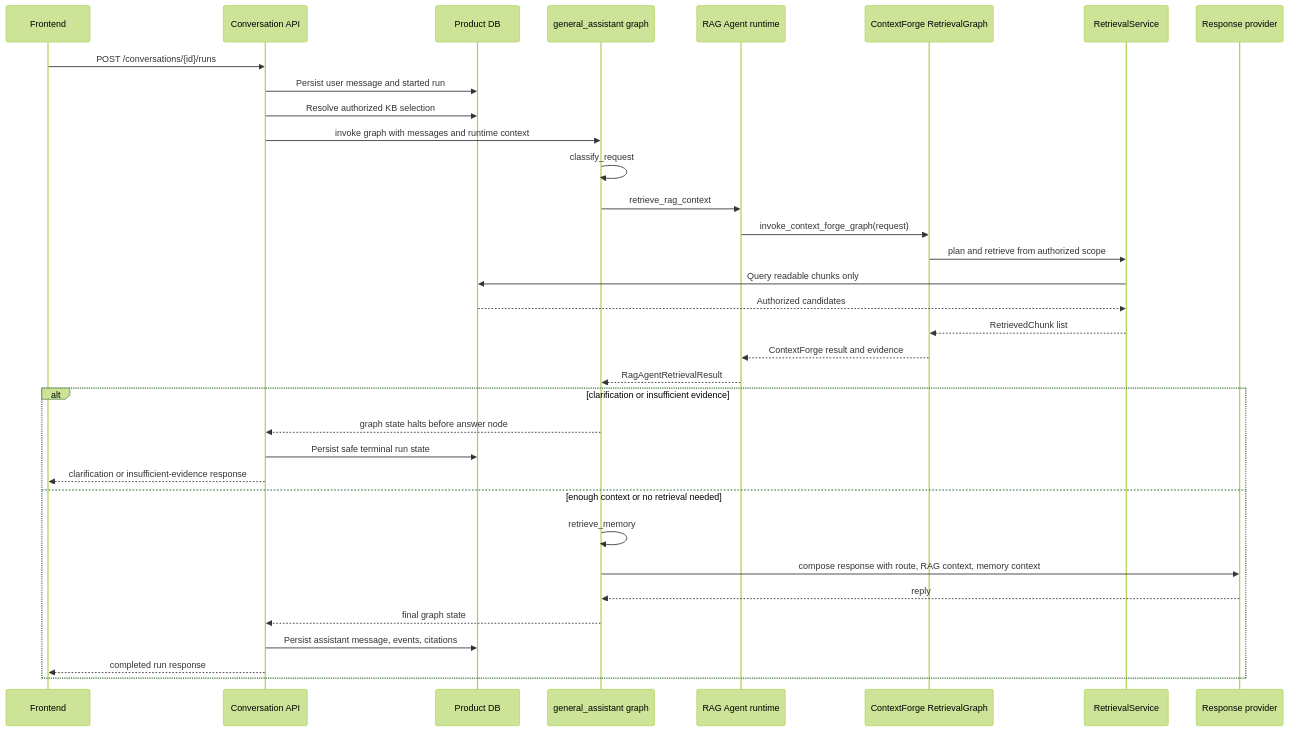
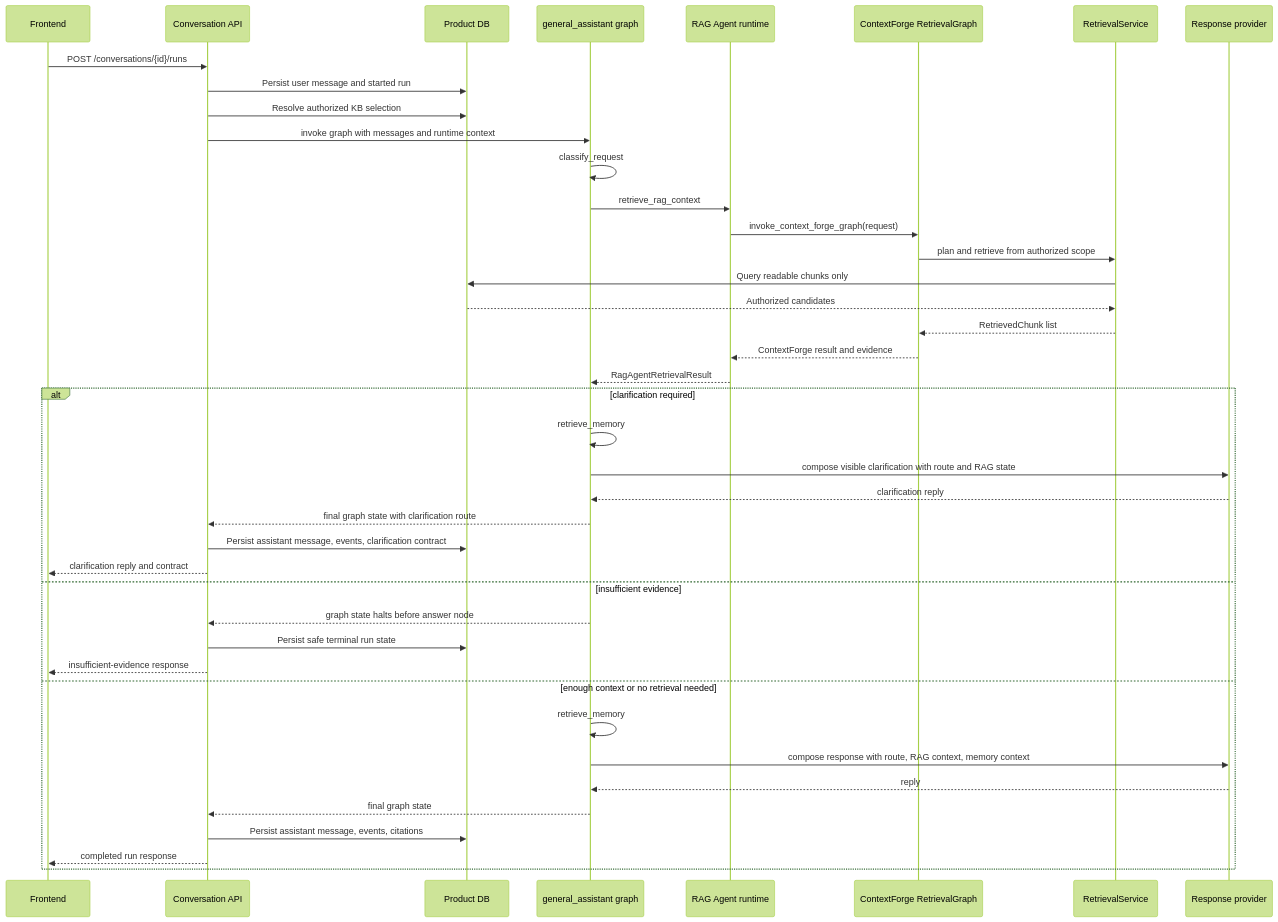
Before and after one commit to heecheon92/my-agents: the fourth of 10 diagrams in docs/product-chat-service/en/22-general-assistant-rag-agent-architecture-change-report.md, drawn with Mermaid (forest theme). The commit also changed other lines of this file and 13 other files, not shown here.

First line of the commit message:
Preserve visible assistant replies for RAG clarification

````diff
--- a/docs/product-chat-service/en/22-general-assistant-rag-agent-architecture-change-report.md
+++ b/docs/product-chat-service/en/22-general-assistant-rag-agent-architecture-change-report.md
@@ -186,37 +186,44 @@
 ```mermaid
 sequenceDiagram
     participant UI as Frontend
     participant API as Conversation API
     participant DB as Product DB
     participant G as general_assistant graph
     participant RAG as RAG Agent runtime
     participant CF as ContextForge RetrievalGraph
     participant RS as RetrievalService
     participant RP as Response provider
 
     UI->>API: POST /conversations/{id}/runs
     API->>DB: Persist user message and started run
     API->>DB: Resolve authorized KB selection
     API->>G: invoke graph with messages and runtime context
     G->>G: classify_request
     G->>RAG: retrieve_rag_context
     RAG->>CF: invoke_context_forge_graph(request)
     CF->>RS: plan and retrieve from authorized scope
     RS->>DB: Query readable chunks only
     DB-->>RS: Authorized candidates
     RS-->>CF: RetrievedChunk list
     CF-->>RAG: ContextForge result and evidence
     RAG-->>G: RagAgentRetrievalResult
-    alt clarification or insufficient evidence
+    alt clarification required
+        G->>G: retrieve_memory
+        G->>RP: compose visible clarification with route and RAG state
+        RP-->>G: clarification reply
+        G-->>API: final graph state with clarification route
+        API->>DB: Persist assistant message, events, clarification contract
+        API-->>UI: clarification reply and contract
+    else insufficient evidence
         G-->>API: graph state halts before answer node
         API->>DB: Persist safe terminal run state
-        API-->>UI: clarification or insufficient-evidence response
+        API-->>UI: insufficient-evidence response
     else enough context or no retrieval needed
         G->>G: retrieve_memory
         G->>RP: compose response with route, RAG context, memory context
         RP-->>G: reply
         G-->>API: final graph state
         API->>DB: Persist assistant message, events, citations
         API-->>UI: completed run response
     end
 ```
````
